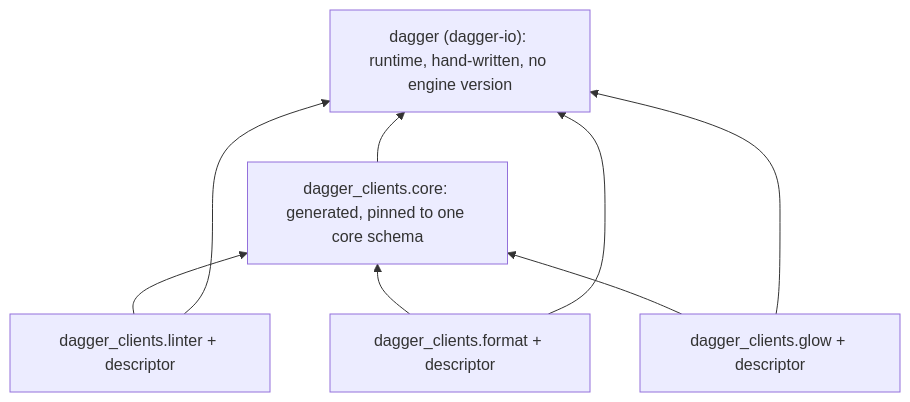
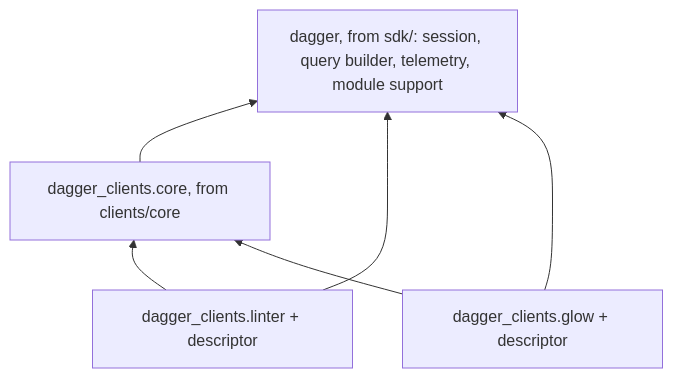
The first of 2 diagrams in hack/designs/2026-09-15-unified-clients.md (dagger/python-sdk), drawn with Mermaid before and after one commit. The commit also changed other lines of this file, not shown here.

First line of the commit message:
hack/designs: unified clients revision 7

````diff
--- a/hack/designs/2026-09-15-unified-clients.md
+++ b/hack/designs/2026-09-15-unified-clients.md
@@ -130,15 +183,12 @@
 ```mermaid
 graph BT
-  RT["dagger (dagger-io): runtime, hand-written, no engine version"]
-  CORE["dagger_clients.core: generated, pinned to one core schema"]
+  RT["dagger, from sdk/: session, query builder, telemetry, module support"]
+  CORE["dagger_clients.core, from clients/core"]
   L["dagger_clients.linter + descriptor"]
-  F["dagger_clients.format + descriptor"]
   G["dagger_clients.glow + descriptor"]
   CORE --> RT
   L --> CORE
-  F --> CORE
   G --> CORE
   L --> RT
-  F --> RT
   G --> RT
 ```
````
